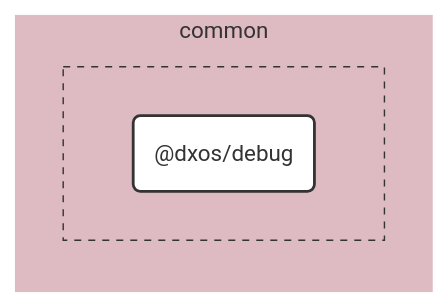
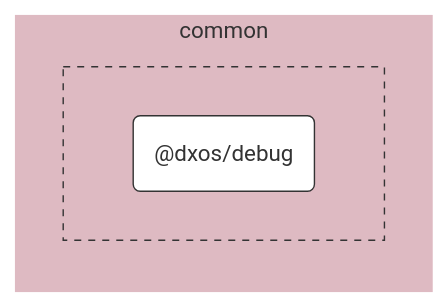
Before and after one commit to dxos/dxos: the diagram in packages/common/debug/docs/README.md, drawn with Mermaid. The commit also changed 104 other files, not shown here.

````diff
--- a/packages/common/debug/docs/README.md
+++ b/packages/common/debug/docs/README.md
@@ -7,30 +7,24 @@
 ```mermaid
 %%{ init: {'flowchart':{'curve':'basis'}} }%%
 
 flowchart LR
 
-%% Links
+%% Classes
+classDef def fill:#fff,stroke:#333,stroke-width:1px
+classDef root fill:#fff,stroke:#333,stroke-width:4px
 
-%% Sections
-subgraph common
-  style common fill:#debac2,stroke:#fff;
+%% Nodes
 
+subgraph common [common]
+  style common fill:#debac2,stroke:#fff
 
   subgraph common-excluded [ ]
-    style common-excluded fill:#debac2,stroke:#333,stroke-dasharray:5 5;
-
-    dxos/debug("@dxos/debug")
+    style common-excluded fill:#debac2,stroke:#333,stroke-dasharray:5 5
+    dxos/debug("@dxos/debug"):::def
+    click dxos/debug "dxos/dxos/tree/main/packages/common/debug/docs"
   end
 end
 
-
-%% Hyperlinks
-
-%% Styles
-classDef rootNode fill:#fff,stroke:#333,stroke-width:2px
-classDef defaultNode fill:#fff,stroke:#333,stroke-width:1px
+%% Links
 linkStyle default stroke:#333,stroke-width:1px
-
-dxos/debug:::rootNode
-
 ```
````
